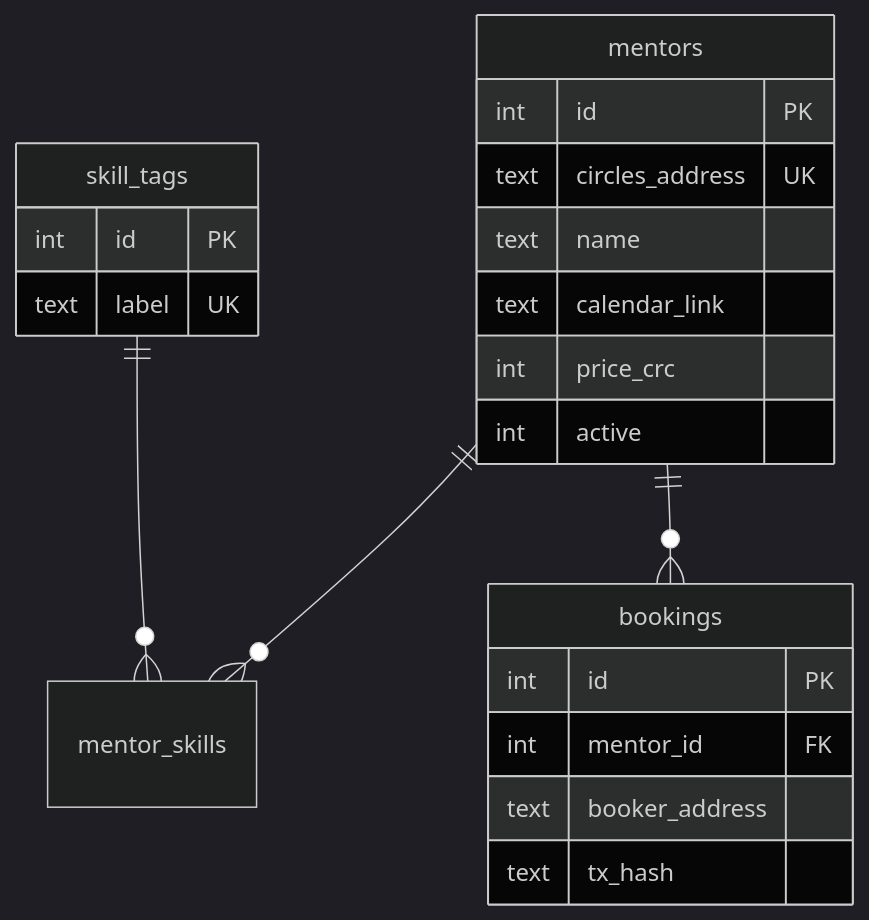
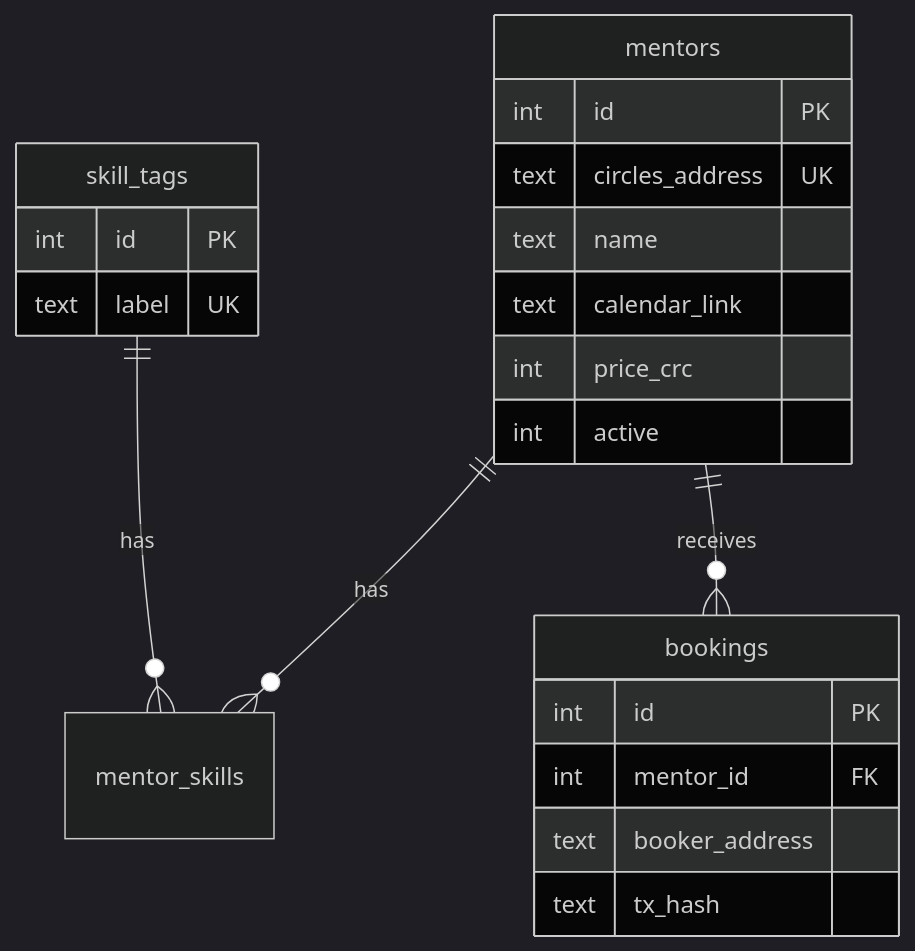
The fifth of 5 diagrams in docs/02-architecture.md (gnosis-box/THP-for-Good), drawn with Mermaid (dark theme) before and after one commit. The commit also changed other lines of this file and 7 other files, not shown here.

````diff
--- a/docs/02-architecture.md
+++ b/docs/02-architecture.md
@@ -167,24 +187,24 @@
 ```mermaid
 erDiagram
-  skill_tags ||--o{ mentor_skills : ""
-  mentors ||--o{ mentor_skills : ""
-  mentors ||--o{ bookings : ""
+  skill_tags ||--o{ mentor_skills : has
+  mentors ||--o{ mentor_skills : has
+  mentors ||--o{ bookings : receives
   skill_tags {
     int id PK
     text label UK
   }
   mentors {
     int id PK
     text circles_address UK
     text name
     text calendar_link
     int price_crc
     int active
   }
   bookings {
     int id PK
     int mentor_id FK
     text booker_address
     text tx_hash
   }
 ```
````
